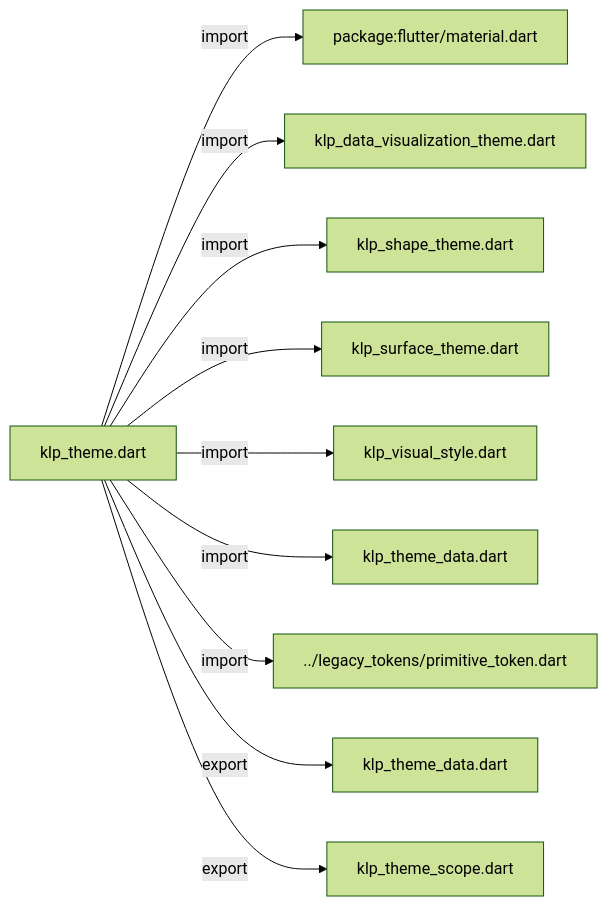
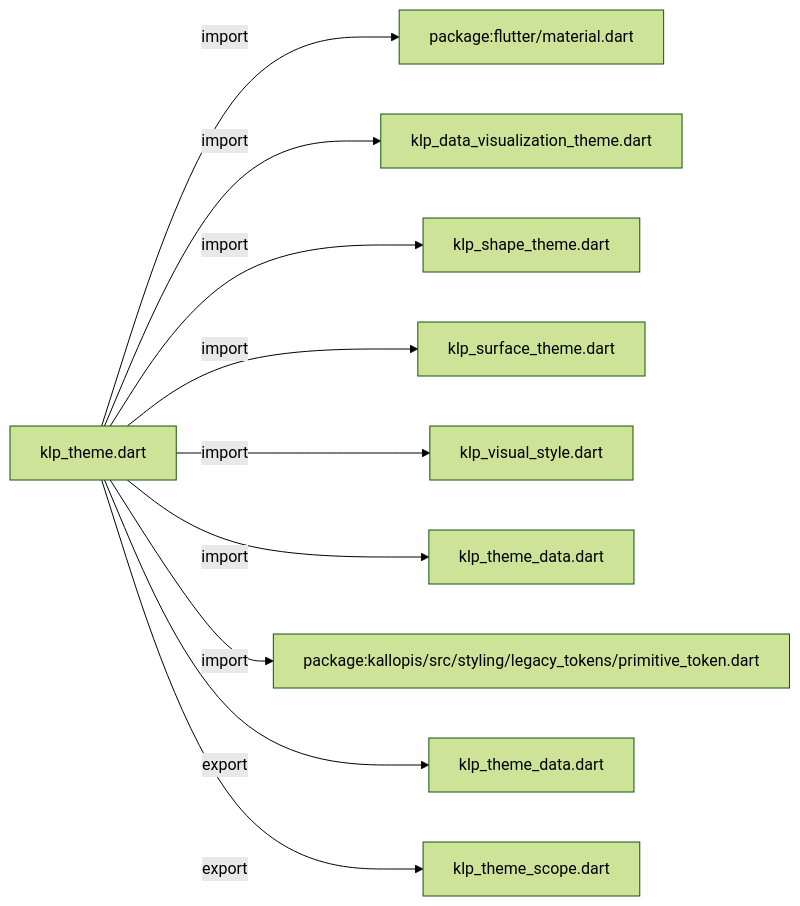
One commit to MiuDog/Kallopis changed the first of 2 diagrams in docs/architecture/src/styling/legacy_theme/klp_theme.md. Above: the diagram before and after it, drawn with Mermaid (forest theme). The commit also changed other lines of this file and 9688 other files, not shown here.

Commit message:
Prepare isolated Flow F2 peer baseline

````diff
--- a/docs/architecture/src/styling/legacy_theme/klp_theme.md
+++ b/docs/architecture/src/styling/legacy_theme/klp_theme.md
@@ -11,22 +11,22 @@
 ```mermaid
 flowchart LR
 	n0["klp_theme.dart"]
 	n1["package:flutter/material.dart"]
 	n2["klp_data_visualization_theme.dart"]
 	n3["klp_shape_theme.dart"]
 	n4["klp_surface_theme.dart"]
 	n5["klp_visual_style.dart"]
 	n6["klp_theme_data.dart"]
-	n7["../legacy_tokens/primitive_token.dart"]
+	n7["package:kallopis/src/styling/legacy_tokens/primitive_token.dart"]
 	n8["klp_theme_data.dart"]
 	n9["klp_theme_scope.dart"]
 	n0 -->|"import"| n1
 	n0 -->|"import"| n2
 	n0 -->|"import"| n3
 	n0 -->|"import"| n4
 	n0 -->|"import"| n5
 	n0 -->|"import"| n6
 	n0 -->|"import"| n7
 	n0 -->|"export"| n8
 	n0 -->|"export"| n9
 ```
````
